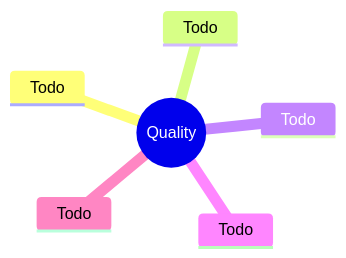
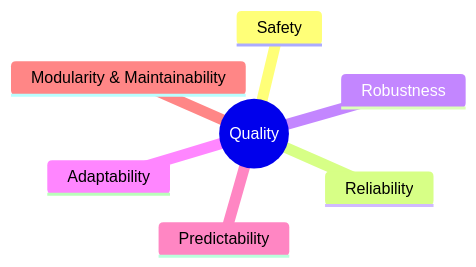
The fifth of 6 diagrams in doc/10. Quality Requirements.md (una-auxme/arlab), drawn with Mermaid before and after one commit. The commit also changed other lines of this file, not shown here.

Commit message:
Updated '10. Quality Requirements.mde' with an introduction and a chapter 10.2 with some Quality Scenarios.

````diff
--- a/doc/10. Quality Requirements.md
+++ b/doc/10. Quality Requirements.md
@@ -161,9 +134,10 @@
 ```mermaid
-    mindmap
-    root((Quality ))
-      Todo
-      Todo
-      Todo
-      Todo
-      Todo
+mindmap
+  root((Quality))
+    Safety
+    Reliability
+    Robustness
+    Adaptability
+    Predictability
+    Modularity & Maintainability
 ```
````
